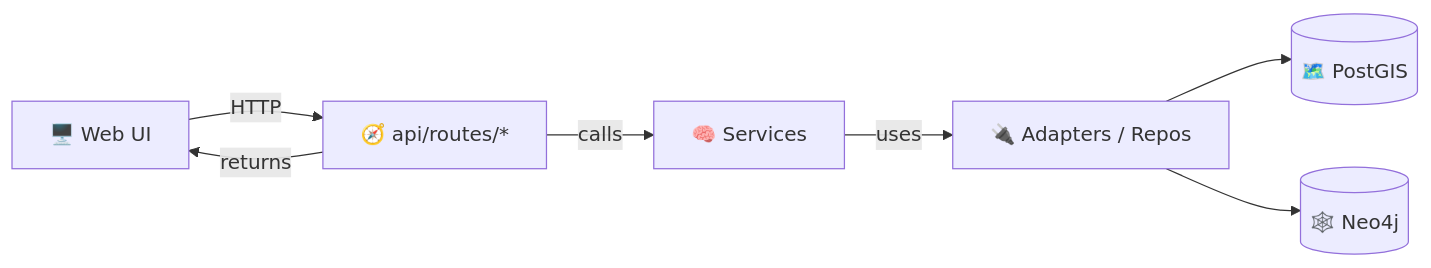
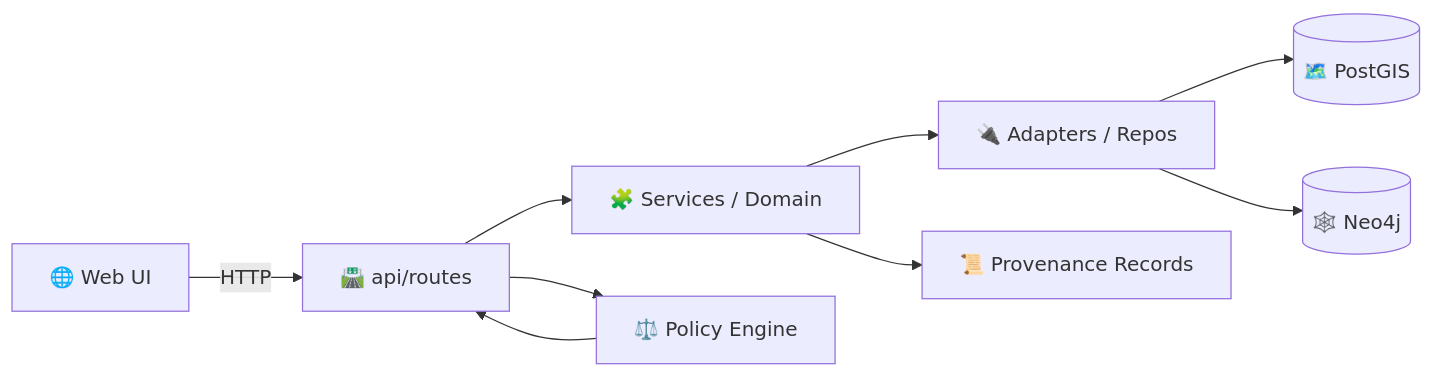
One commit to bartytime4life/Kansas-Frontier-Matrix changed the diagram in api/routes/README.md. Above: the diagram before and after it, drawn with Mermaid. The commit also changed other lines of this file, not shown here.

````diff
--- a/api/routes/README.md
+++ b/api/routes/README.md
@@ -38,9 +212,11 @@
 ```mermaid
 flowchart LR
-  UI[🖥️ Web UI] -->|HTTP| R[🧭 api/routes/*]
-  R -->|calls| S[🧠 Services]
-  S -->|uses| A[🔌 Adapters / Repos]
-  A --> PG[(🗺️ PostGIS)]
-  A --> N4J[(🕸️ Neo4j)]
-  R -->|returns| UI
+  UI[🌐 Web UI] -->|HTTP| R[🛣️ api/routes]
+  R --> S[🧩 Services / Domain]
+  S --> A[🔌 Adapters / Repos]
+  A --> P[(🗺️ PostGIS)]
+  A --> N[(🕸️ Neo4j)]
+  R --> OPA[⚖️ Policy Engine]
+  OPA --> R
+  S --> PROV[📜 Provenance Records]
 ```
````
